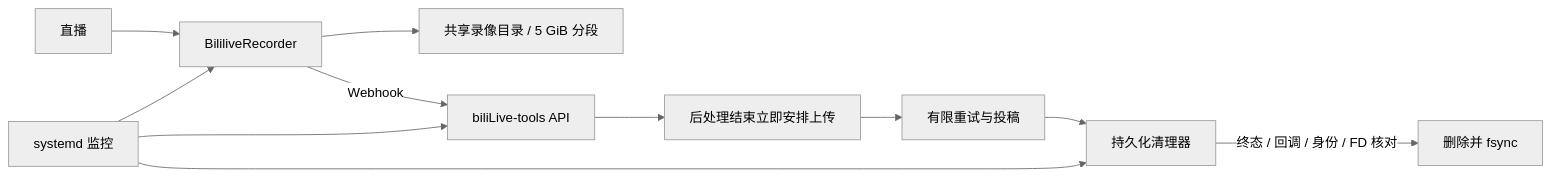
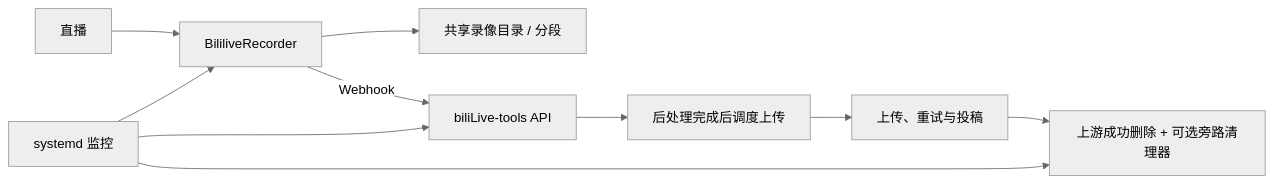
Before and after one commit to sceneeeee/bililive-record-upload-pipeline: the diagram in README.md, drawn with Mermaid (neutral theme). The commit also changed other lines of this file, not shown here.

````diff
--- a/README.md
+++ b/README.md
@@ -9,13 +23,12 @@
 ```mermaid
 flowchart LR
   A[直播] --> B[BililiveRecorder]
-  B --> C[共享录像目录 / 5 GiB 分段]
+  B --> C[共享录像目录 / 分段]
   B -->|Webhook| D[biliLive-tools API]
-  D --> E[后处理结束立即安排上传]
-  E --> F[有限重试与投稿]
-  F --> G[持久化清理器]
-  G -->|终态 / 回调 / 身份 / FD 核对| H[删除并 fsync]
-  I[systemd 监控] --> B
-  I --> D
-  I --> G
+  D --> E[后处理完成后调度上传]
+  E --> F[上传、重试与投稿]
+  F --> G[上游成功删除 + 可选旁路清理器]
+  H[systemd 监控] --> B
+  H --> D
+  H --> G
 ```
````
